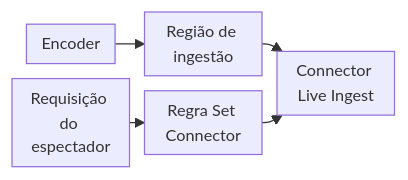
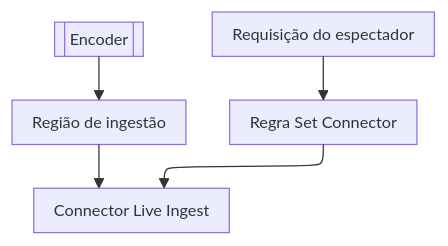
The fourth of 4 diagrams in apps/docs/src/content/docs/pt-br/pages/secure/connectors/como-funciona.mdx (aziontech/docs), drawn with Mermaid before and after one commit. The commit also changed other lines of this file and 179 other files, not shown here.

Commit message:
docs(diagrams): redraw every other diagram in the use-case diagram style (#2513)

````diff
--- a/apps/docs/src/content/docs/pt-br/pages/secure/connectors/como-funciona.mdx
+++ b/apps/docs/src/content/docs/pt-br/pages/secure/connectors/como-funciona.mdx
@@ -228,8 +228,8 @@
 ```mermaid
-%%{init: {"layout": "dagre", "themeVariables": {"fontSize": "13px"}, "flowchart": {"nodeSpacing": 12, "rankSpacing": 12, "padding": 6, "wrappingWidth": 70, "minNodeWidth": 40, "useMaxWidth": true}}}%%
-flowchart LR
-  Enc["Encoder"] --> Region["Região de ingestão"]
+%%{init: {"layout": "elk", "themeVariables": {"fontSize": "13px"}, "flowchart": {"nodeSpacing": 24, "rankSpacing": 36, "padding": 8, "wrappingWidth": 150, "useMaxWidth": true}, "sequence": {"width": 120, "actorMargin": 30, "useMaxWidth": true}}}%%
+flowchart TD
+  Enc[["Encoder"]] --> Region["Região de ingestão"]
   Region --> Conn["Connector Live Ingest"]
   Viewer["Requisição do espectador"] --> Rule["Regra Set Connector"]
   Rule --> Conn
 ```
````
